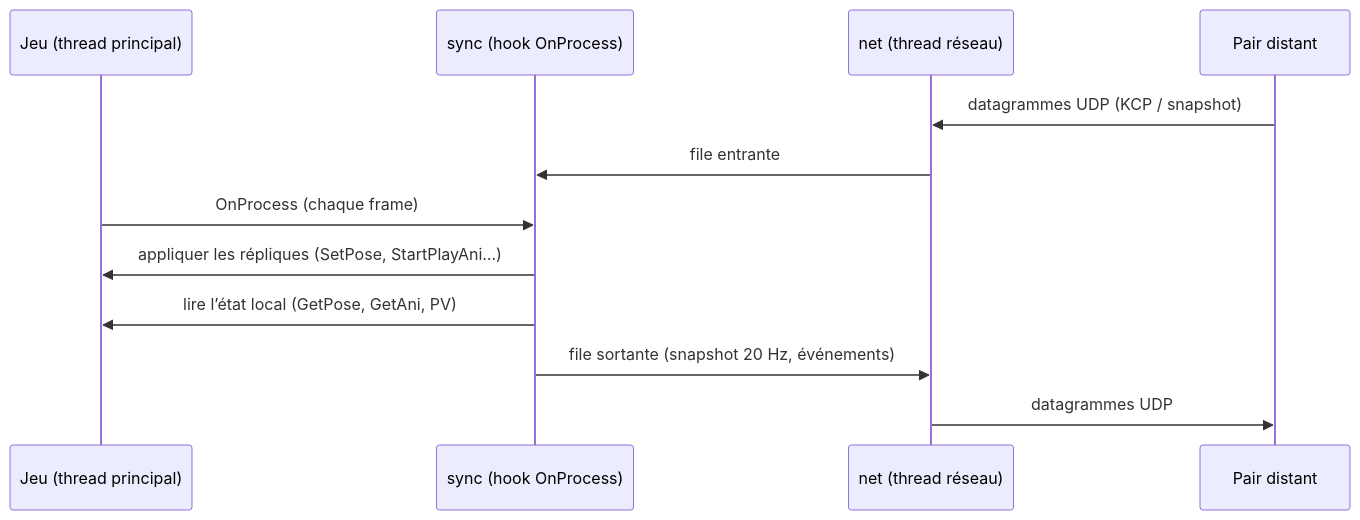
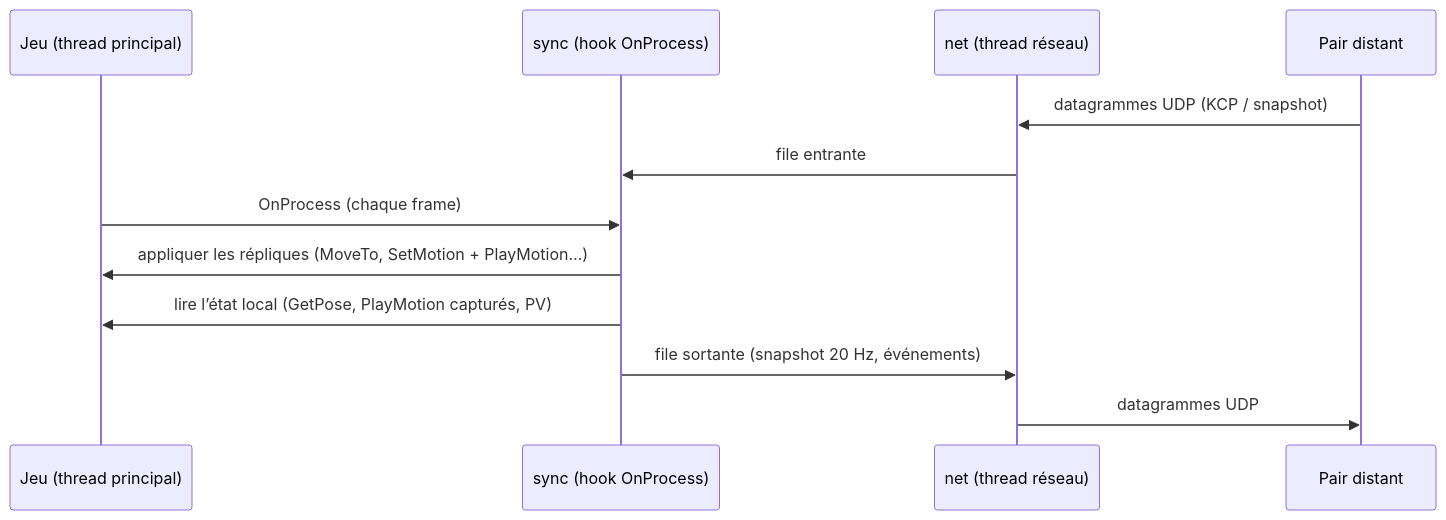
The second of 3 diagrams in _bmad-output/planning-artifacts/architecture/architecture-risen-multiplayer-2026-10-15/ARCHITECTURE-SPINE.md (leoyd/risen-multiplayer), drawn with Mermaid before and after one commit. The commit also changed other lines of this file and 5 other files, not shown here.

First line of the commit message:
docs(architecture): spine mise à jour après le spike J1

````diff
--- a/_bmad-output/planning-artifacts/architecture/architecture-risen-multiplayer-2026-10-15/ARCHITECTURE-SPINE.md
+++ b/_bmad-output/planning-artifacts/architecture/architecture-risen-multiplayer-2026-10-15/ARCHITECTURE-SPINE.md
@@ -168,14 +204,14 @@
 ```mermaid
 sequenceDiagram
   participant G as Jeu (thread principal)
   participant S as sync (hook OnProcess)
   participant N as net (thread réseau)
   participant P as Pair distant
   P->>N: datagrammes UDP (KCP / snapshot)
   N->>S: file entrante
   G->>S: OnProcess (chaque frame)
-  S->>G: appliquer les répliques (SetPose, StartPlayAni…)
-  S->>G: lire l’état local (GetPose, GetAni, PV)
+  S->>G: appliquer les répliques (MoveTo, SetMotion + PlayMotion…)
+  S->>G: lire l’état local (GetPose, PlayMotion capturés, PV)
   S->>N: file sortante (snapshot 20 Hz, événements)
   N->>P: datagrammes UDP
 ```
````
